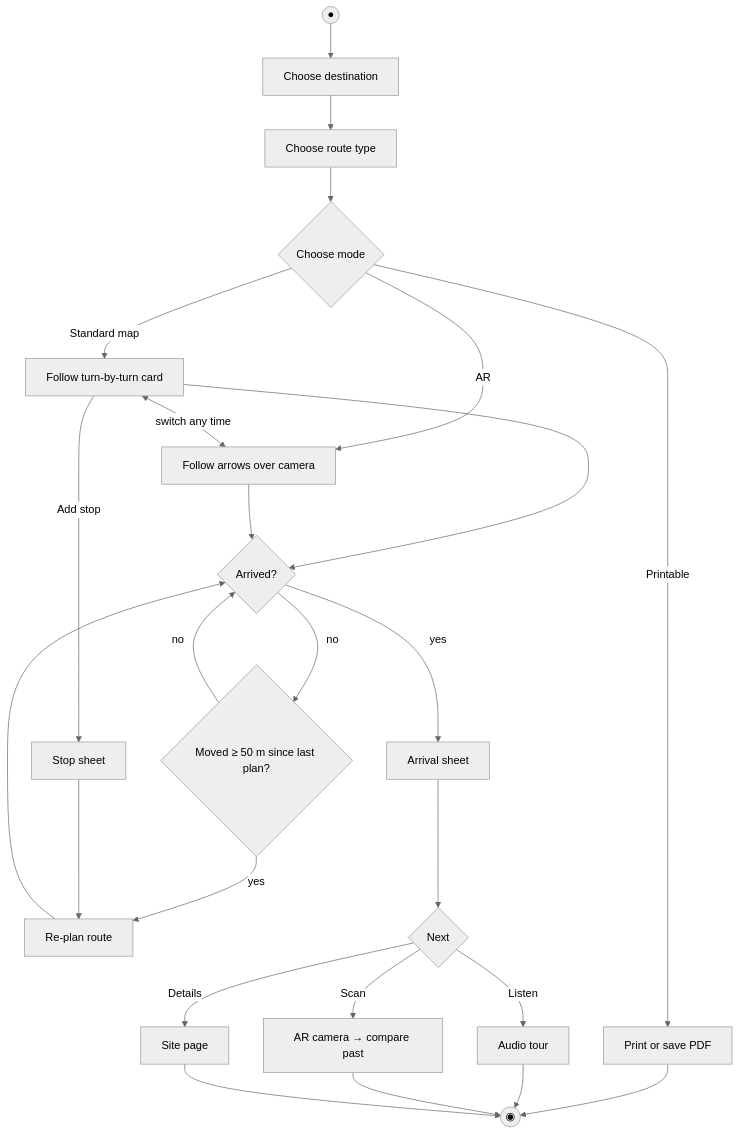
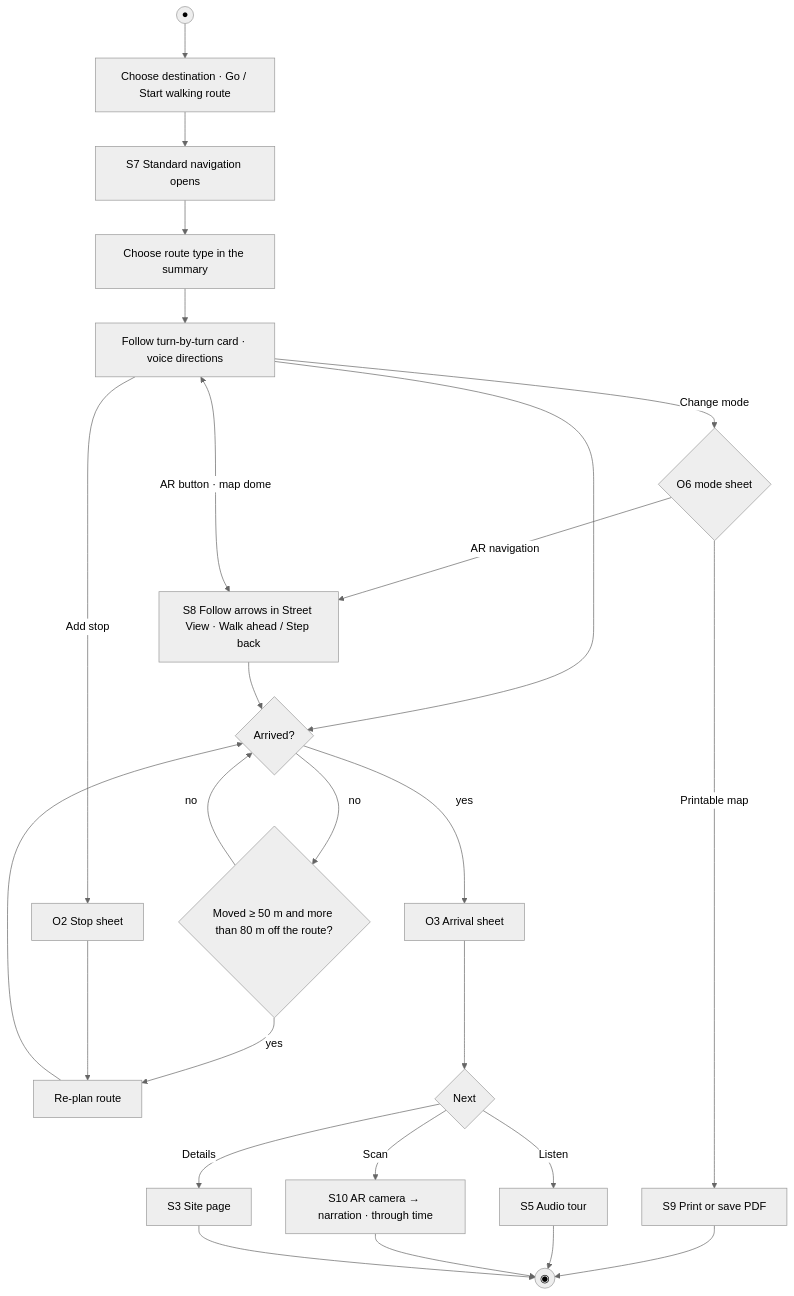
One commit to Podi-Skying/KIT519-Hobart-Historic changed the fifth of 8 diagrams in docs/a3/uml.md. Above: the diagram before and after it, drawn with Mermaid (neutral theme). The commit also changed other lines of this file and 9 other files, not shown here.

````diff
--- a/docs/a3/uml.md
+++ b/docs/a3/uml.md
@@ -278,21 +285,22 @@
 ```mermaid
 flowchart TD
-  A((●)) --> B[Choose destination]
-  B --> C[Choose route type]
-  C --> D{Choose mode}
-  D -->|Standard map| E[Follow turn-by-turn card]
-  D -->|AR| F[Follow arrows over camera]
-  D -->|Printable| P[Print or save PDF] --> Z((◉))
-  E <-->|switch any time| F
+  A((●)) --> B[Choose destination · Go / Start walking route]
+  B --> S7[S7 Standard navigation opens]
+  S7 --> C[Choose route type in the summary]
+  C --> E[Follow turn-by-turn card · voice directions]
+  E -->|Change mode| D{O6 mode sheet}
+  D -->|AR navigation| F[S8 Follow arrows in Street View · Walk ahead / Step back]
+  D -->|Printable map| P[S9 Print or save PDF] --> Z((◉))
+  E <-->|AR button · map dome| F
   E --> G{Arrived?}
   F --> G
-  G -->|no| H{Moved ≥ 50 m since last plan?}
+  G -->|no| H{Moved ≥ 50 m and more than 80 m off the route?}
   H -->|yes| I[Re-plan route] --> G
   H -->|no| G
-  G -->|yes| J[Arrival sheet]
+  G -->|yes| J[O3 Arrival sheet]
   J --> K{Next}
-  K -->|Listen| L[Audio tour] --> Z
-  K -->|Scan| M[AR camera → compare past] --> Z
-  K -->|Details| N[Site page] --> Z
-  E -->|Add stop| O[Stop sheet] --> I
+  K -->|Listen| L[S5 Audio tour] --> Z
+  K -->|Scan| M[S10 AR camera → narration · through time] --> Z
+  K -->|Details| N[S3 Site page] --> Z
+  E -->|Add stop| O[O2 Stop sheet] --> I
 ```
````
